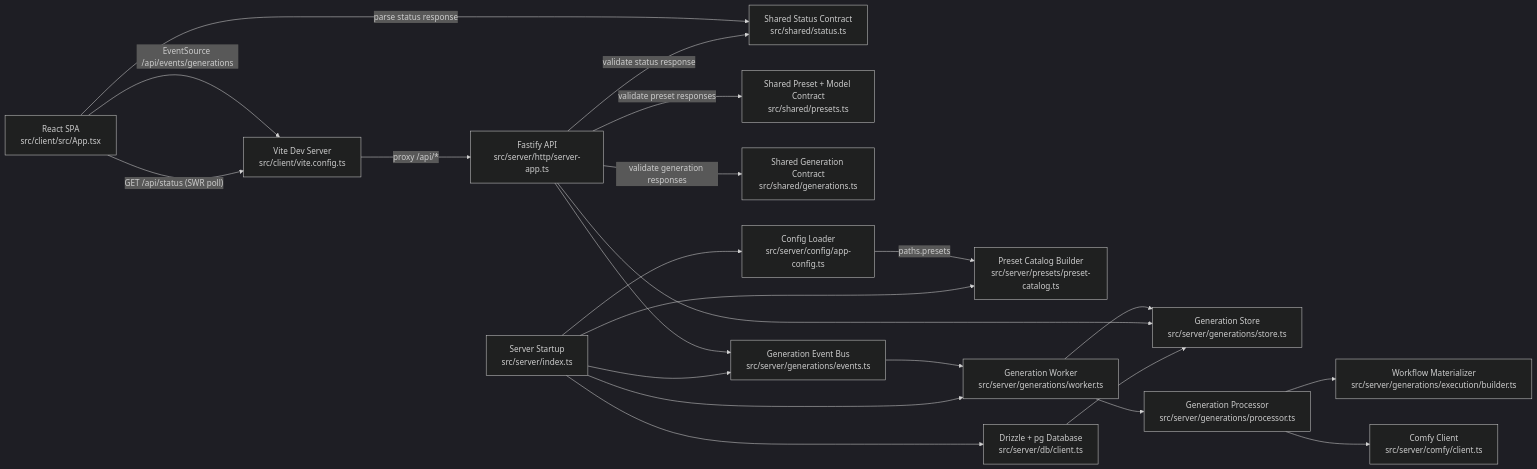
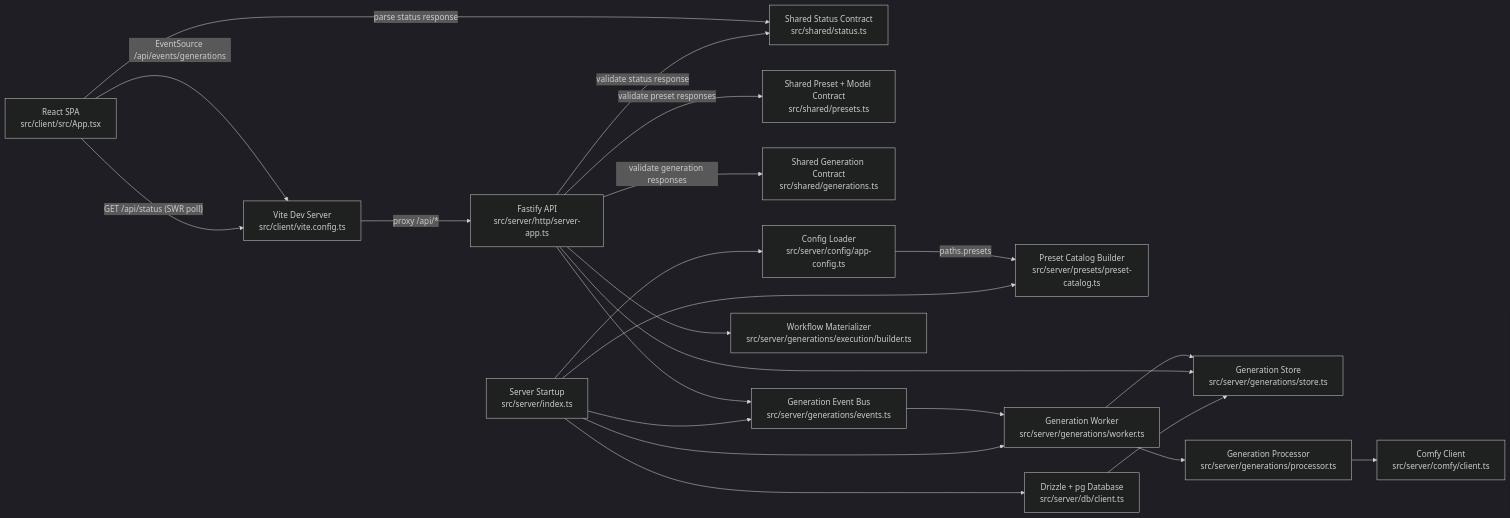
Before and after one commit to marianban/fuzzy-guacamole: the first of 5 diagrams in docs/architecture.MD, drawn with Mermaid (dark theme). The commit also changed other lines of this file and 31 other files, not shown here.

````diff
--- a/docs/architecture.MD
+++ b/docs/architecture.MD
@@ -7,41 +7,41 @@
 ```mermaid
 flowchart LR
   Browser["React SPA<br/>src/client/src/App.tsx"]
   Vite["Vite Dev Server<br/>src/client/vite.config.ts"]
   API["Fastify API<br/>src/server/http/server-app.ts"]
   SharedStatus["Shared Status Contract<br/>src/shared/status.ts"]
   SharedPresets["Shared Preset + Model Contract<br/>src/shared/presets.ts"]
   SharedGenerations["Shared Generation Contract<br/>src/shared/generations.ts"]
   Startup["Server Startup<br/>src/server/index.ts"]
   Config["Config Loader<br/>src/server/config/app-config.ts"]
   Presets["Preset Catalog Builder<br/>src/server/presets/preset-catalog.ts"]
   Database["Drizzle + pg Database<br/>src/server/db/client.ts"]
   GenerationStore["Generation Store<br/>src/server/generations/store.ts"]
   GenerationEvents["Generation Event Bus<br/>src/server/generations/events.ts"]
   Worker["Generation Worker<br/>src/server/generations/worker.ts"]
   Processor["Generation Processor<br/>src/server/generations/processor.ts"]
   Builder["Workflow Materializer<br/>src/server/generations/execution/builder.ts"]
   Comfy["Comfy Client<br/>src/server/comfy/client.ts"]
 
   Browser -->|"GET /api/status (SWR poll)"| Vite
   Browser -->|"EventSource /api/events/generations"| Vite
   Vite -->|"proxy /api/*"| API
   API -->|"validate status response"| SharedStatus
   API -->|"validate preset responses"| SharedPresets
   API -->|"validate generation responses"| SharedGenerations
   Browser -->|"parse status response"| SharedStatus
   Startup --> Config
   Startup --> Presets
   Startup --> Database
   Startup --> GenerationEvents
   Startup --> Worker
   Config -->|"paths.presets"| Presets
   Database --> GenerationStore
   API --> GenerationStore
   API --> GenerationEvents
+  API --> Builder
   GenerationEvents --> Worker
   Worker --> GenerationStore
   Worker --> Processor
-  Processor --> Builder
   Processor --> Comfy
 ```
````
